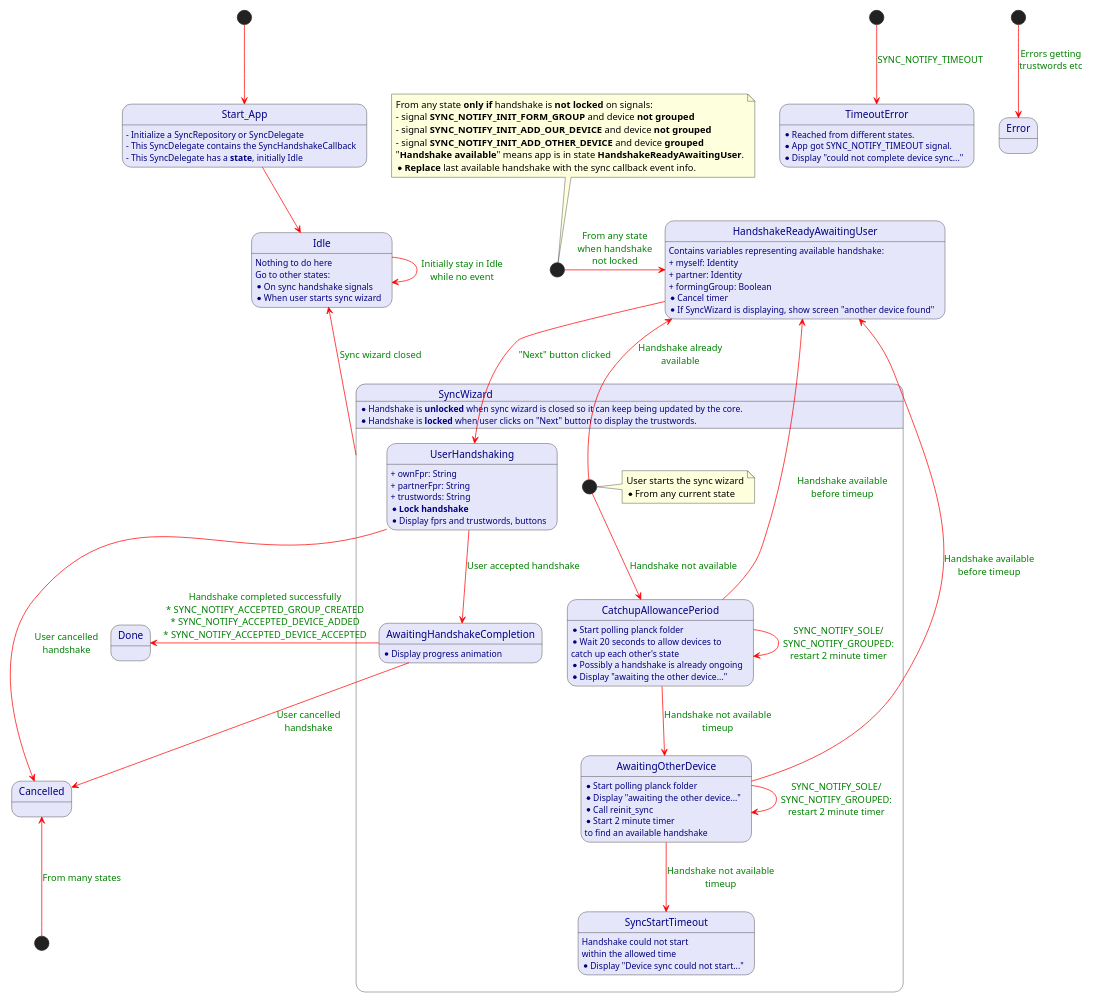
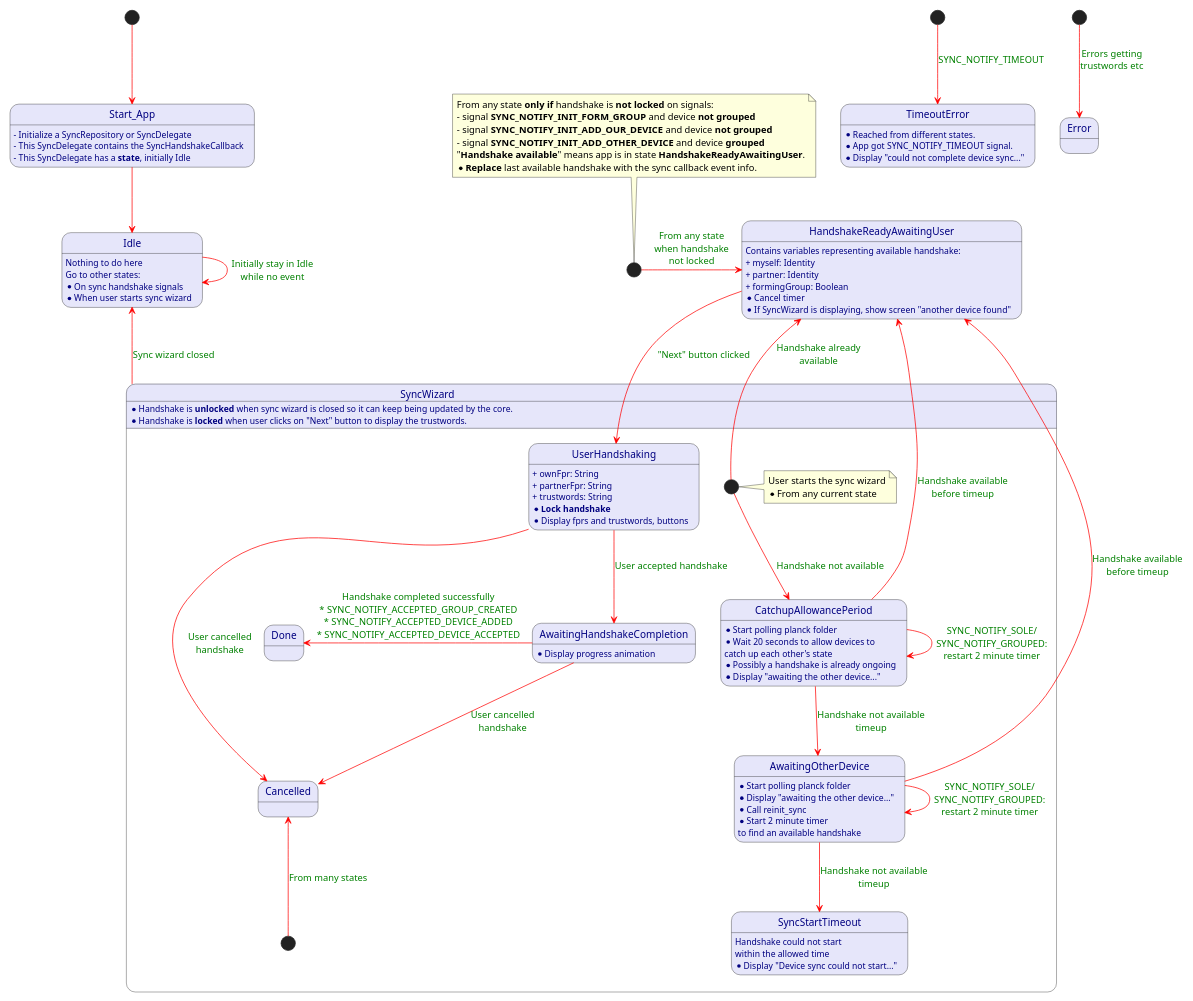
Before and after one commit to plancksecurity/android-planckForAndroid: the diagram in diagrams/sync/SyncFlowStateDiagram.puml, drawn with PlantUML.

Commit message:
EFA-348 Move Done and Cancelled inside SyncWizard

```diff
--- a/diagrams/sync/SyncFlowStateDiagram.puml
+++ b/diagrams/sync/SyncFlowStateDiagram.puml
@@ -1,117 +1,119 @@
 @startuml
 'https://plantuml.com/state-diagram
 'skinparam ranksep 20
 skinparam dpi 125
 'skinparam packageTitleAlignment left
 'skinparam linetype ortho
 'skinparam linetype polyline
 'left to right direction
 skinparam arrowColor red
 skinparam arrowFontColor green
 'skinparam handwritten true
 skinparam State {
     AttributeFontcolor navy
     BackgroundColor lavender
 }
 
 
 scale 800 width
 scale 800 height
 
 [*] --> Start_App
 Start_App : - Initialize a SyncRepository or SyncDelegate
 Start_App : - This SyncDelegate contains the SyncHandshakeCallback
 Start_App : - This SyncDelegate has a **state**, initially Idle
 
 Start_App -down-> Idle
 Idle: Nothing to do here
 Idle: Go to other states:
 Idle: * On sync handshake signals
 Idle: * When user starts sync wizard
 Idle -> Idle : Initially stay in Idle\nwhile no event
 'Idle ---> Sync_Wizard
 state SyncWizard {
 SyncWizard: * Handshake is **unlocked** when sync wizard is closed so it can keep being updated by the core.
 SyncWizard: * Handshake is **locked** when user clicks on "Next" button to display the trustwords.
     state Wizard_Start <<start>>
     note right of Wizard_Start
       User starts the sync wizard
       * From any current state
     end note
 
     Wizard_Start --> CatchupAllowancePeriod : Handshake not available
 
     CatchupAllowancePeriod: * Start polling planck folder
     CatchupAllowancePeriod: * Wait 20 seconds to allow devices to \ncatch up each other's state
     CatchupAllowancePeriod: * Possibly a handshake is already ongoing
     CatchupAllowancePeriod: * Display "awaiting the other device..."
 
     CatchupAllowancePeriod --> CatchupAllowancePeriod : SYNC_NOTIFY_SOLE/\nSYNC_NOTIFY_GROUPED:\nrestart 2 minute timer
     CatchupAllowancePeriod --> AwaitingOtherDevice : Handshake not available\ntimeup
     AwaitingOtherDevice: * Start polling planck folder
     AwaitingOtherDevice: * Display "awaiting the other device..."
     AwaitingOtherDevice: * Call reinit_sync
     AwaitingOtherDevice: * Start 2 minute timer
     AwaitingOtherDevice: to find an available handshake
     AwaitingOtherDevice --> AwaitingOtherDevice : SYNC_NOTIFY_SOLE/\nSYNC_NOTIFY_GROUPED:\nrestart 2 minute timer
     AwaitingOtherDevice --> SyncStartTimeout : Handshake not available\ntimeup
     SyncStartTimeout: Handshake could not start\nwithin the allowed time
     SyncStartTimeout: * Display "Device sync could not start..."
 
     state UserHandshaking
     UserHandshaking: + ownFpr: String
     UserHandshaking: + partnerFpr: String
     UserHandshaking: + trustwords: String
     UserHandshaking: * **Lock handshake**
     UserHandshaking: * Display fprs and trustwords, buttons
 
     state AwaitingHandshakeCompletion
     AwaitingHandshakeCompletion: * Display progress animation
     UserHandshaking --> AwaitingHandshakeCompletion : User accepted handshake
+    AwaitingHandshakeCompletion ---left-> Done : Handshake completed successfully\n* SYNC_NOTIFY_ACCEPTED_GROUP_CREATED\n* SYNC_NOTIFY_ACCEPTED_DEVICE_ADDED\n* SYNC_NOTIFY_ACCEPTED_DEVICE_ACCEPTED
+
+    UserHandshaking --> Cancelled : User cancelled\nhandshake
+    state CancelledRoot <<start>>
+    CancelledRoot -up-> Cancelled : From many states
+    AwaitingHandshakeCompletion --> Cancelled : User cancelled\nhandshake
 }
 
 SyncWizard -up-> Idle : Sync wizard closed
 
 Wizard_Start --> HandshakeReadyAwaitingUser : Handshake already\navailable
 CatchupAllowancePeriod -up------> HandshakeReadyAwaitingUser : Handshake available\nbefore timeup
 AwaitingOtherDevice --> HandshakeReadyAwaitingUser : Handshake available\nbefore timeup
 HandshakeReadyAwaitingUser --> UserHandshaking : "Next" button clicked
-UserHandshaking --> Cancelled : User cancelled\nhandshake
-state CancelledRoot <<start>>
-CancelledRoot -up-> Cancelled : From many states
-AwaitingHandshakeCompletion ---left-> Done : Handshake completed successfully\n* SYNC_NOTIFY_ACCEPTED_GROUP_CREATED\n* SYNC_NOTIFY_ACCEPTED_DEVICE_ADDED\n* SYNC_NOTIFY_ACCEPTED_DEVICE_ACCEPTED
-AwaitingHandshakeCompletion --> Cancelled : User cancelled\nhandshake
+
 
 
 state HandshakeReadyAwaitingUser
 HandshakeReadyAwaitingUser: Contains variables representing available handshake:
 HandshakeReadyAwaitingUser: + myself: Identity
 HandshakeReadyAwaitingUser: + partner: Identity
 HandshakeReadyAwaitingUser: + formingGroup: Boolean
 HandshakeReadyAwaitingUser: * Cancel timer
 HandshakeReadyAwaitingUser: * If SyncWizard is displaying, show screen "another device found"
 
 state TimeoutRoot <<start>>
 TimeoutRoot --> TimeoutError : SYNC_NOTIFY_TIMEOUT
 TimeoutError: * Reached from different states.
 TimeoutError: * App got SYNC_NOTIFY_TIMEOUT signal.
 TimeoutError: * Display "could not complete device sync..."
 
 state ErrorRoot <<start>>
 ErrorRoot --> Error : Errors getting\ntrustwords etc
 
 
 
 state anyState <<start>>
 anyState -> HandshakeReadyAwaitingUser: From any state\nwhen handshake\nnot locked
 note top of anyState
 From any state **only if** handshake is **not locked** on signals:
 - signal **SYNC_NOTIFY_INIT_FORM_GROUP** and device **not grouped**
 - signal **SYNC_NOTIFY_INIT_ADD_OUR_DEVICE** and device **not grouped**
 - signal **SYNC_NOTIFY_INIT_ADD_OTHER_DEVICE** and device **grouped**
 "**Handshake available**" means app is in state **HandshakeReadyAwaitingUser**.
 * **Replace** last available handshake with the sync callback event info.
 end note
 
 
 @enduml
```
